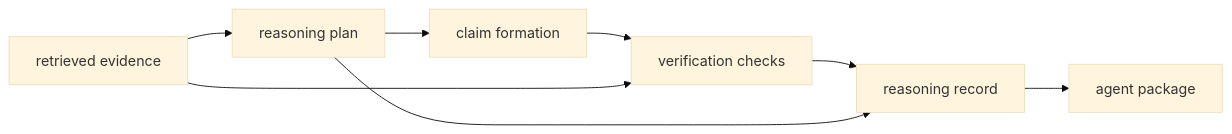
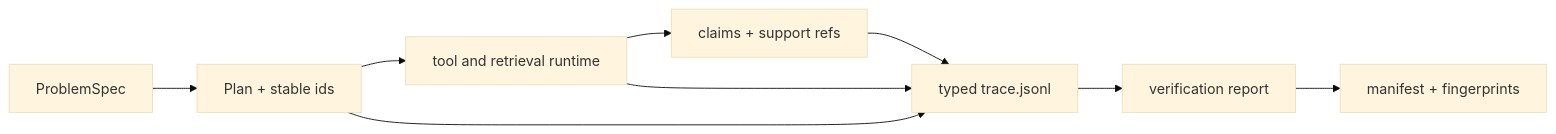
One commit to bijux/bijux-canon changed the diagram in docs/04-bijux-canon-reason/index.md. Above: the diagram before and after it, drawn with Mermaid (base theme). The commit also changed other lines of this file and 1 other file, not shown here.

Commit message:
docs(reason): trace claims to replay evidence

````diff
--- a/docs/04-bijux-canon-reason/index.md
+++ b/docs/04-bijux-canon-reason/index.md
@@ -23,13 +23,14 @@
 ```mermaid
 flowchart LR
-    evidence["retrieved evidence"]
-    plan["reasoning plan"]
-    claim["claim formation"]
-    checks["verification checks"]
-    record["reasoning record"]
-    agent["agent package"]
+    spec["ProblemSpec"]
+    plan["Plan + stable ids"]
+    runtime["tool and retrieval runtime"]
+    claims["claims + support refs"]
+    trace["typed trace.jsonl"]
+    verify["verification report"]
+    manifest["manifest + fingerprints"]
 
-    evidence --> plan --> claim --> checks --> record --> agent
-    evidence --> checks
-    plan --> record
+    spec --> plan --> runtime --> claims --> trace --> verify --> manifest
+    plan --> trace
+    runtime --> trace
 ```
````
